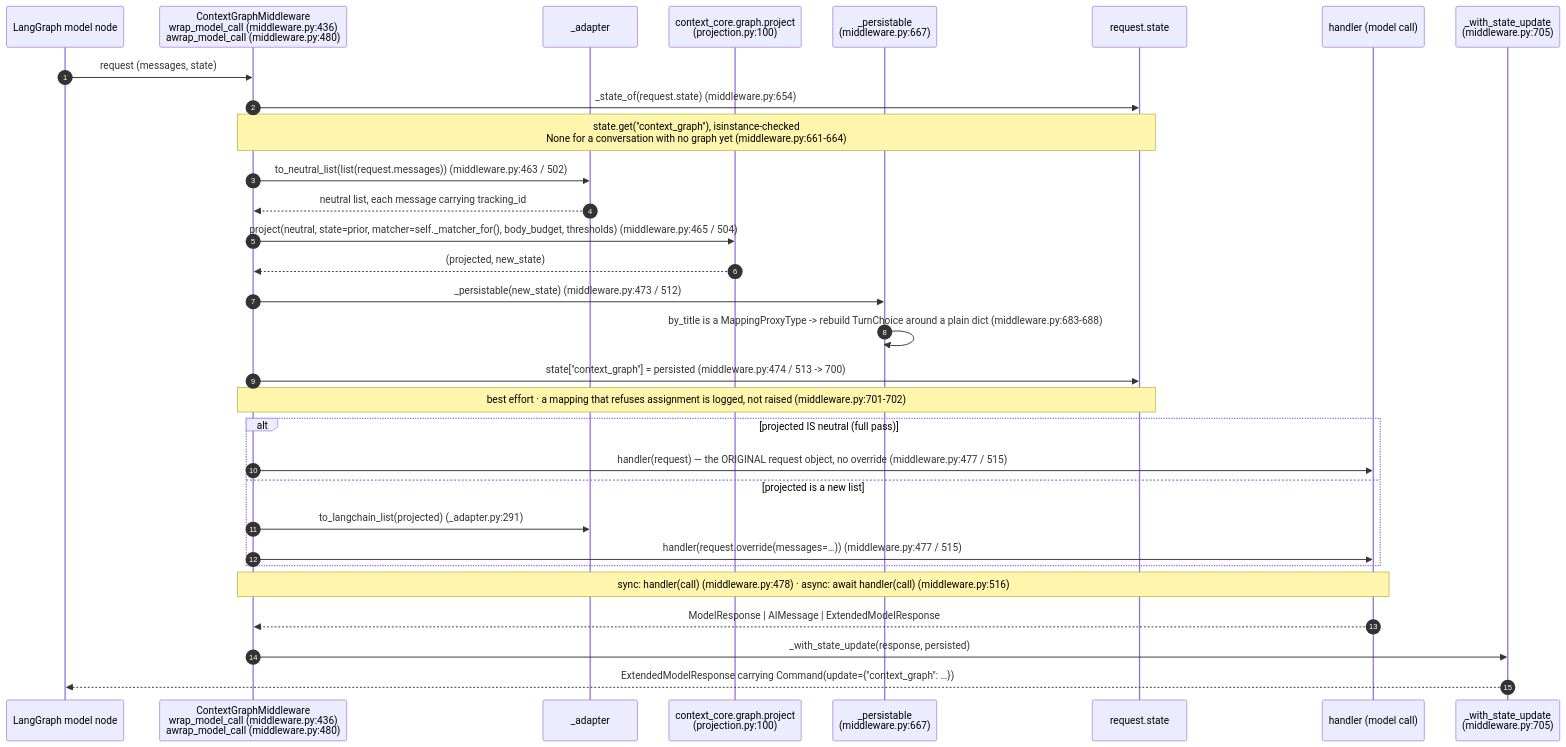
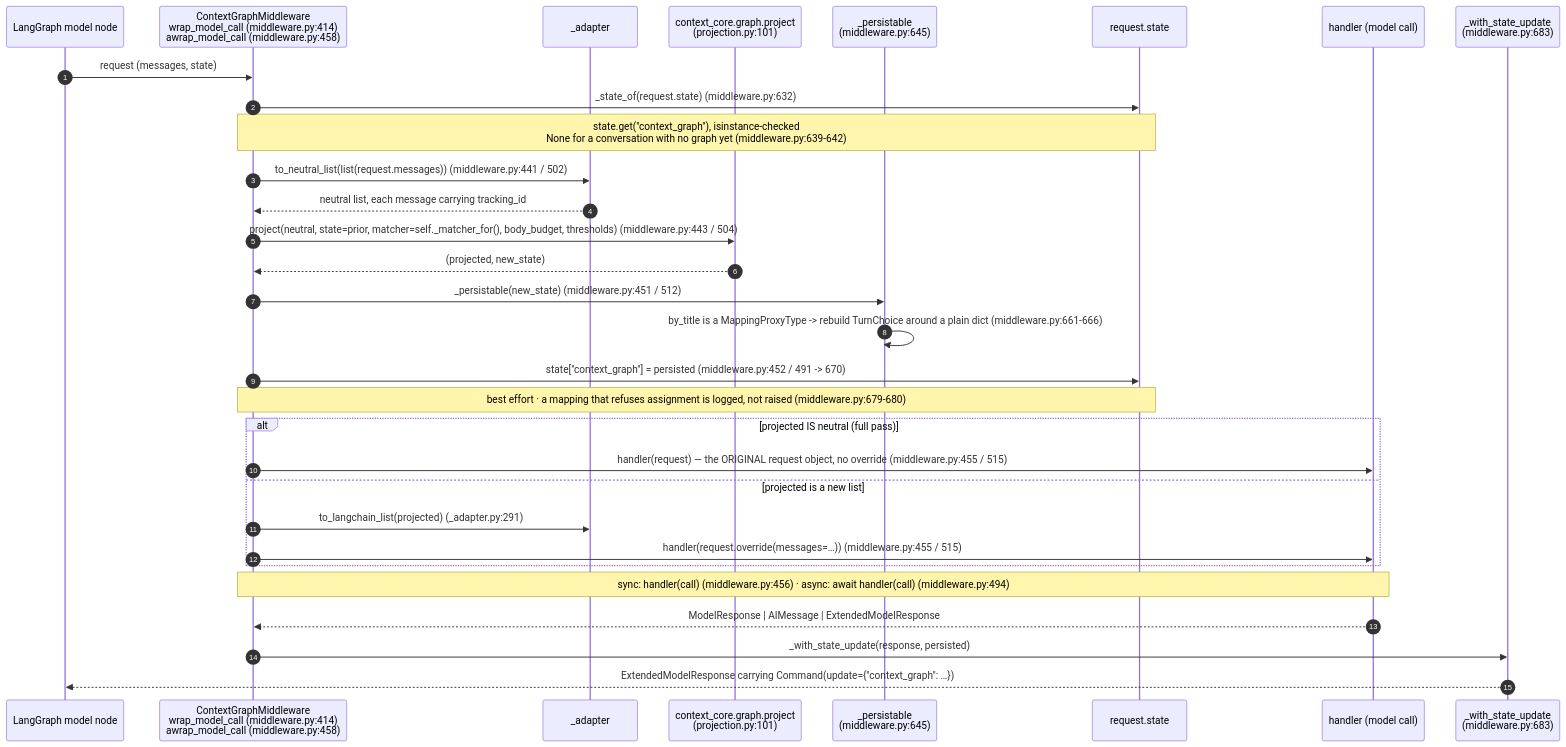
One commit to aws-samples/sample-context-engineering changed the first of 7 diagrams in docs/design/sequence/langgraph/sequence-d-context-graph.md. Above: the diagram before and after it, drawn with Mermaid. The commit also changed other lines of this file and 3 other files, not shown here.

First line of the commit message:
docs(langgraph): re-point the sequence-doc refs this branch moved

````diff
--- a/docs/design/sequence/langgraph/sequence-d-context-graph.md
+++ b/docs/design/sequence/langgraph/sequence-d-context-graph.md
@@ -324,35 +324,35 @@
 ```mermaid
 sequenceDiagram
     autonumber
     participant LG as LangGraph model node
-    participant MW as ContextGraphMiddleware<br/>wrap_model_call (middleware.py:436)<br/>awrap_model_call (middleware.py:480)
+    participant MW as ContextGraphMiddleware<br/>wrap_model_call (middleware.py:414)<br/>awrap_model_call (middleware.py:458)
     participant AD as _adapter
-    participant CORE as context_core.graph.project<br/>(projection.py:100)
-    participant PERS as _persistable<br/>(middleware.py:667)
+    participant CORE as context_core.graph.project<br/>(projection.py:101)
+    participant PERS as _persistable<br/>(middleware.py:645)
     participant ST as request.state
     participant H as handler (model call)
-    participant WS as _with_state_update<br/>(middleware.py:705)
+    participant WS as _with_state_update<br/>(middleware.py:683)
 
     LG->>MW: request (messages, state)
-    MW->>ST: _state_of(request.state) (middleware.py:654)
-    Note over ST,MW: state.get("context_graph"), isinstance-checked<br/>None for a conversation with no graph yet (middleware.py:661-664)
-    MW->>AD: to_neutral_list(list(request.messages)) (middleware.py:463 / 502)
+    MW->>ST: _state_of(request.state) (middleware.py:632)
+    Note over ST,MW: state.get("context_graph"), isinstance-checked<br/>None for a conversation with no graph yet (middleware.py:639-642)
+    MW->>AD: to_neutral_list(list(request.messages)) (middleware.py:441 / 502)
     AD-->>MW: neutral list, each message carrying tracking_id
-    MW->>CORE: project(neutral, state=prior, matcher=self._matcher_for(), body_budget, thresholds) (middleware.py:465 / 504)
+    MW->>CORE: project(neutral, state=prior, matcher=self._matcher_for(), body_budget, thresholds) (middleware.py:443 / 504)
     CORE-->>MW: (projected, new_state)
-    MW->>PERS: _persistable(new_state) (middleware.py:473 / 512)
-    PERS->>PERS: by_title is a MappingProxyType -> rebuild TurnChoice around a plain dict (middleware.py:683-688)
-    MW->>ST: state["context_graph"] = persisted (middleware.py:474 / 513 -> 700)
-    Note over MW,ST: best effort · a mapping that refuses assignment is logged, not raised (middleware.py:701-702)
+    MW->>PERS: _persistable(new_state) (middleware.py:451 / 512)
+    PERS->>PERS: by_title is a MappingProxyType -> rebuild TurnChoice around a plain dict (middleware.py:661-666)
+    MW->>ST: state["context_graph"] = persisted (middleware.py:452 / 491 -> 670)
+    Note over MW,ST: best effort · a mapping that refuses assignment is logged, not raised (middleware.py:679-680)
 
     alt projected IS neutral (full pass)
-        MW->>H: handler(request) — the ORIGINAL request object, no override (middleware.py:477 / 515)
+        MW->>H: handler(request) — the ORIGINAL request object, no override (middleware.py:455 / 515)
     else projected is a new list
         MW->>AD: to_langchain_list(projected) (_adapter.py:291)
-        MW->>H: handler(request.override(messages=…)) (middleware.py:477 / 515)
+        MW->>H: handler(request.override(messages=…)) (middleware.py:455 / 515)
     end
-    Note over MW,H: sync: handler(call) (middleware.py:478) · async: await handler(call) (middleware.py:516)
+    Note over MW,H: sync: handler(call) (middleware.py:456) · async: await handler(call) (middleware.py:494)
     H-->>MW: ModelResponse | AIMessage | ExtendedModelResponse
     MW->>WS: _with_state_update(response, persisted)
     WS-->>LG: ExtendedModelResponse carrying Command(update={"context_graph": …})
 ```
````
